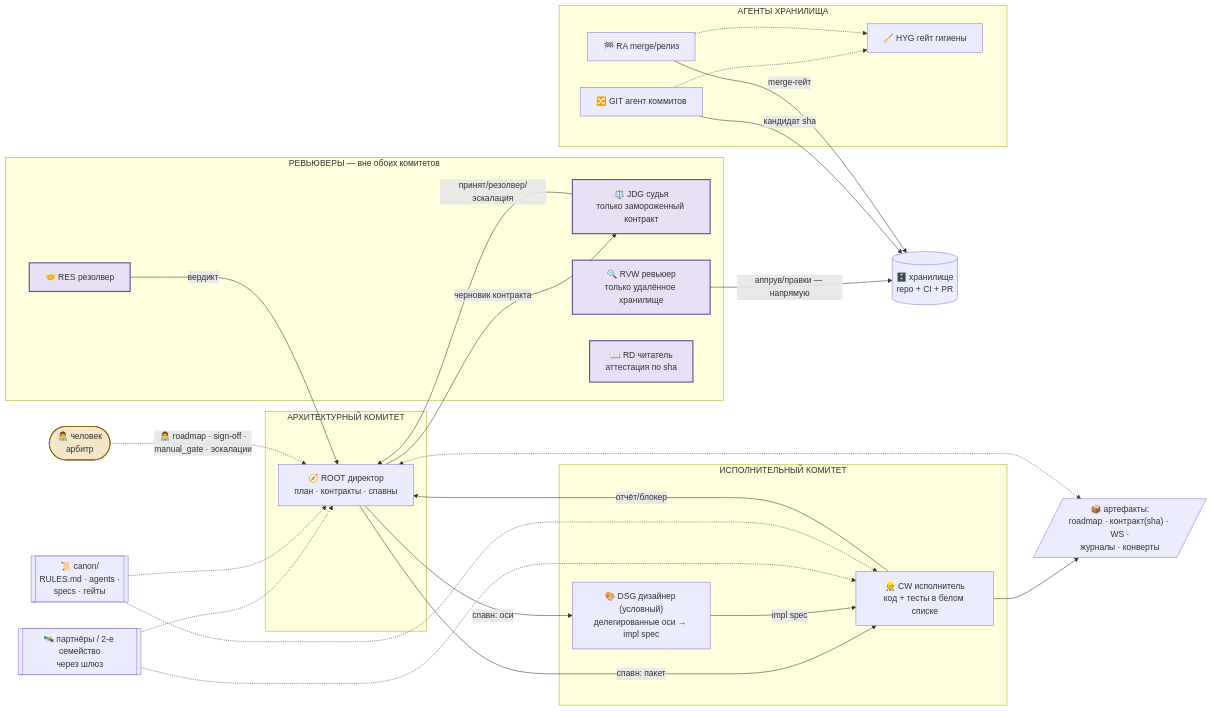
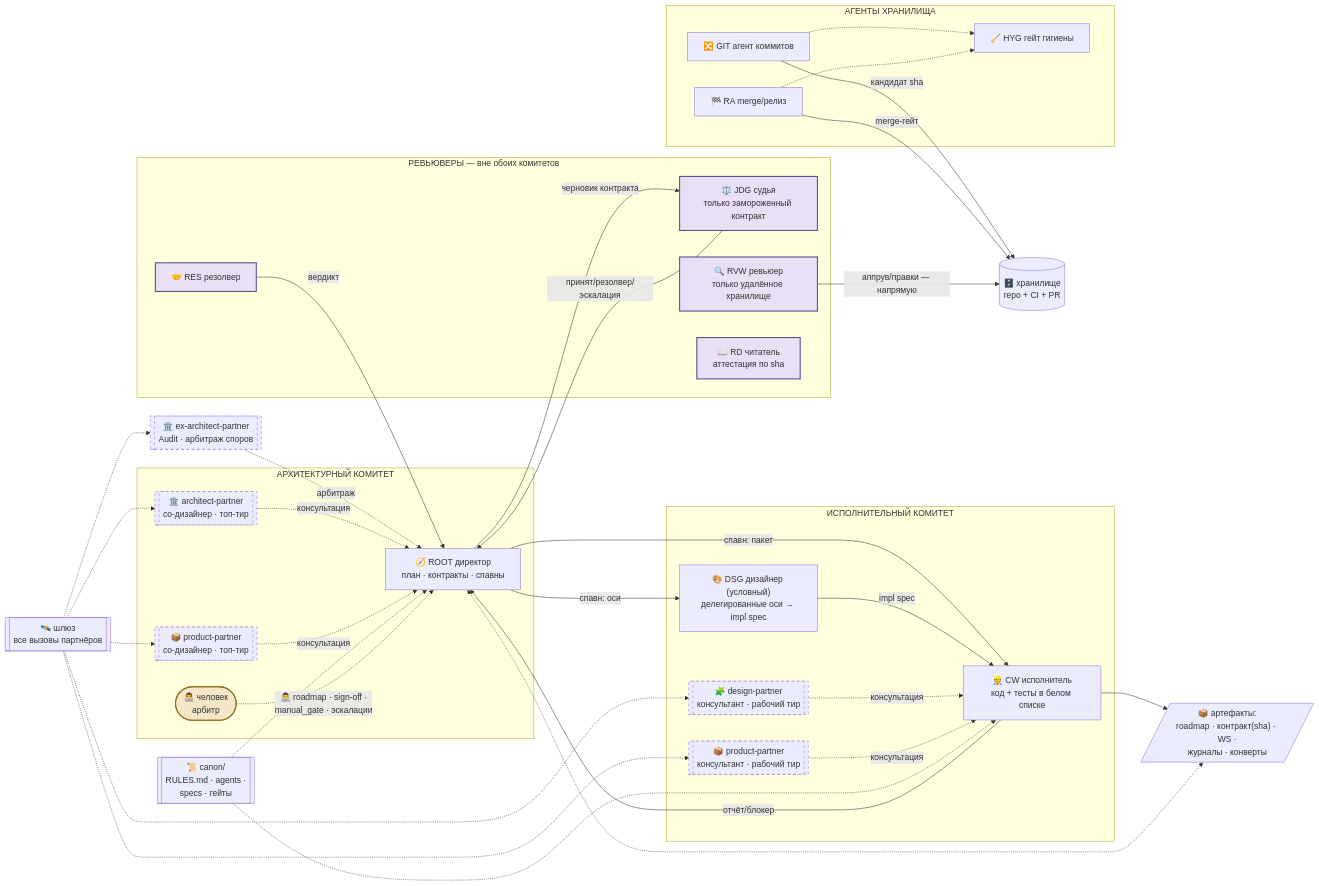
One commit to ychetka/CCSDD changed the diagram in docs/ru/diagrams/cycle_structure.mmd. Above: the diagram before and after it, drawn with Mermaid. The commit also changed 3 other files, not shown here.

```diff
--- a/docs/ru/diagrams/cycle_structure.mmd
+++ b/docs/ru/diagrams/cycle_structure.mmd
@@ -1,50 +1,65 @@
 flowchart LR
   subgraph COM1["АРХИТЕКТУРНЫЙ КОМИТЕТ"]
     ROOT["🧭 ROOT директор<br/>план · контракты · спавны"]
+    AP[["🏛️ architect-partner<br/>со-дизайнер · топ-тир"]]
+    PPA[["📦 product-partner<br/>со-дизайнер · топ-тир"]]
+    DEV(["👨‍💻 человек<br/>арбитр"])
   end
   subgraph COM2["ИСПОЛНИТЕЛЬНЫЙ КОМИТЕТ"]
     CW["👷 CW исполнитель<br/>код + тесты в белом списке"]
     DSG["🎨 DSG дизайнер (условный)<br/>делегированные оси → impl spec"]
+    DP[["🧩 design-partner<br/>консультант · рабочий тир"]]
+    PPE[["📦 product-partner<br/>консультант · рабочий тир"]]
   end
   subgraph REV["РЕВЬЮВЕРЫ — вне обоих комитетов"]
     JDG["⚖️ JDG судья<br/>только замороженный контракт"]
     RVW["🔍 RVW ревьюер<br/>только удалённое хранилище"]
     RES["🤝 RES резолвер"]
     RD["📖 RD читатель<br/>аттестация по sha"]
   end
   subgraph REPOS["АГЕНТЫ ХРАНИЛИЩА"]
     GIT["🔀 GIT агент коммитов"]
     RA["🏁 RA merge/релиз"]
     HYG["🧹 HYG гейт гигиены"]
   end
 
   ART[/"📦 артефакты:<br/>roadmap · контракт(sha) · WS ·<br/>журналы · конверты"/]
   REPO[("🗄️ хранилище<br/>repo + CI + PR")]
-  DEV(["👨‍💻 человек<br/>арбитр"])
-  PART[["🛰️ партнёры / 2-е семейство<br/>через шлюз"]]
+  GW[["🛰️ шлюз<br/>все вызовы партнёров"]]
+  XA[["🏛️ ex-architect-partner<br/>Audit · арбитраж споров"]]
   RULES[["📜 canon/<br/>RULES.md · agents ·<br/>specs · гейты"]]
 
   ROOT -->|спавн: пакет| CW
   ROOT -->|спавн: оси| DSG
   ROOT -->|черновик контракта| JDG
   DSG -->|impl spec| CW
   CW -->|отчёт/блокер| ROOT
   CW --> ART
   JDG -->|принят/резолвер/эскалация| ROOT
   RVW -->|аппрув/правки — напрямую| REPO
   RES -->|вердикт| ROOT
   GIT -->|кандидат sha| REPO
   RA -->|merge-гейт| REPO
   GIT -.-> HYG
   RA -.-> HYG
   ROOT <-.-> ART
-  PART -.-> ROOT
-  PART -.-> CW
+  GW -.-> AP
+  GW -.-> PPA
+  GW -.-> DP
+  GW -.-> PPE
+  GW -.-> XA
+  XA -.->|арбитраж| ROOT
+  AP -.->|консультация| ROOT
+  PPA -.->|консультация| ROOT
+  DP -.->|консультация| CW
+  PPE -.->|консультация| CW
   RULES -.-> ROOT
   RULES -.-> CW
   DEV -.->|👨‍💻 roadmap · sign-off ·<br/>manual_gate · эскалации| ROOT
 
   classDef human fill:#f5e6c8,stroke:#8a6d1f,stroke-width:2px
   classDef rev fill:#e8e0f5,stroke:#5b4a8a,stroke-width:2px
+  classDef partner stroke-dasharray:5 5
   class DEV human
   class JDG,RVW,RES,RD rev
+  class AP,PPA,DP,PPE,XA partner
```
